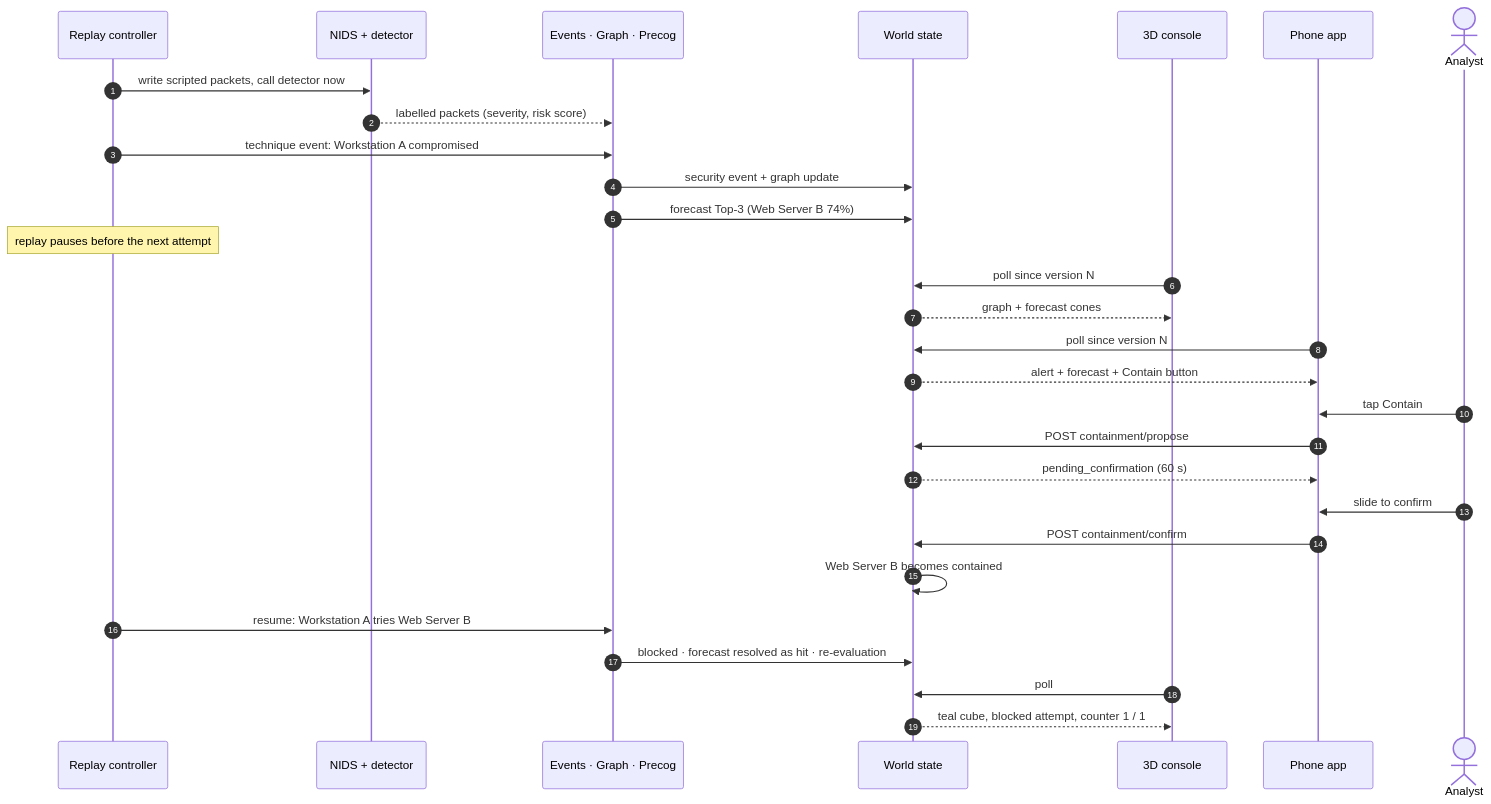
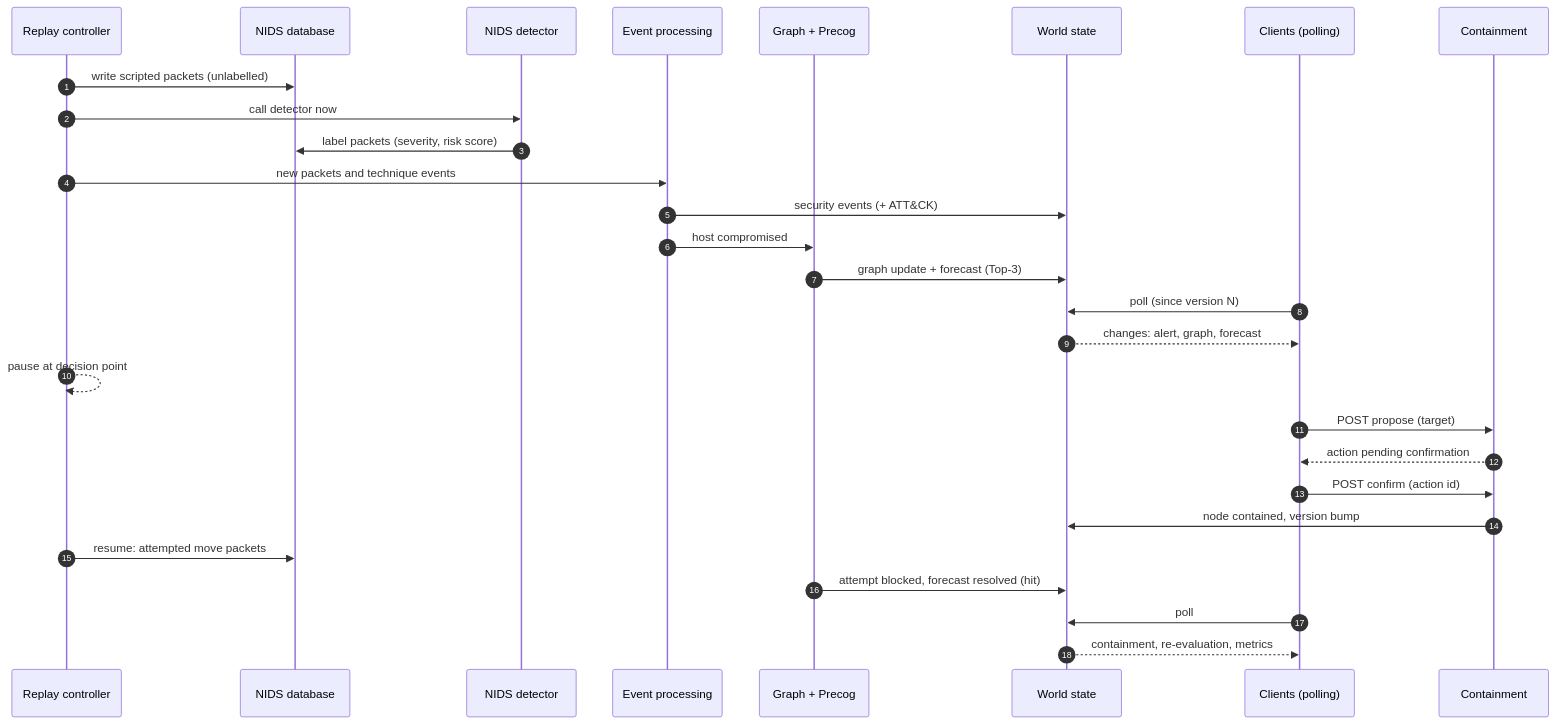
The second of 9 diagrams in README.md (Sagar44-Github/precog-platform), drawn with Mermaid before and after one commit. The commit also changed other lines of this file and 5 other files, not shown here.

````diff
--- a/README.md
+++ b/README.md
@@ -192,32 +206,31 @@
 ```mermaid
 sequenceDiagram
     autonumber
-    participant R as Replay controller
-    participant N as NIDS + detector
-    participant P as Events · Graph · Precog
-    participant W as World state
-    participant C as 3D console
-    participant M as Phone app
-    actor A as Analyst
+    participant RC as Replay controller
+    participant DB as NIDS database
+    participant DT as NIDS detector
+    participant EV as Event processing
+    participant GP as Graph + Precog
+    participant WS as World state
+    participant CL as Clients (polling)
+    participant CT as Containment
 
-    R->>N: write scripted packets, call detector now
-    N-->>P: labelled packets (severity, risk score)
-    R->>P: technique event: Workstation A compromised
-    P->>W: security event + graph update
-    P->>W: forecast Top-3 (Web Server B 74%)
-    Note over R: replay pauses before the next attempt
-    C->>W: poll since version N
-    W-->>C: graph + forecast cones
-    M->>W: poll since version N
-    W-->>M: alert + forecast + Contain button
-    A->>M: tap Contain
-    M->>W: POST containment/propose
-    W-->>M: pending_confirmation (60 s)
-    A->>M: slide to confirm
-    M->>W: POST containment/confirm
-    W->>W: Web Server B becomes contained
-    R->>P: resume: Workstation A tries Web Server B
-    P->>W: blocked · forecast resolved as hit · re-evaluation
-    C->>W: poll
-    W-->>C: teal cube, blocked attempt, counter 1 / 1
+    RC->>DB: write scripted packets (unlabelled)
+    RC->>DT: call detector now
+    DT->>DB: label packets (severity, risk score)
+    RC->>EV: new packets and technique events
+    EV->>WS: security events (+ ATT&CK)
+    EV->>GP: host compromised
+    GP->>WS: graph update + forecast (Top-3)
+    CL->>WS: poll (since version N)
+    WS-->>CL: changes: alert, graph, forecast
+    RC-->>RC: pause at decision point
+    CL->>CT: POST propose (target)
+    CT-->>CL: action pending confirmation
+    CL->>CT: POST confirm (action id)
+    CT->>WS: node contained, version bump
+    RC->>DB: resume: attempted move packets
+    GP->>WS: attempt blocked, forecast resolved (hit)
+    CL->>WS: poll
+    WS-->>CL: containment, re-evaluation, metrics
 ```
````
